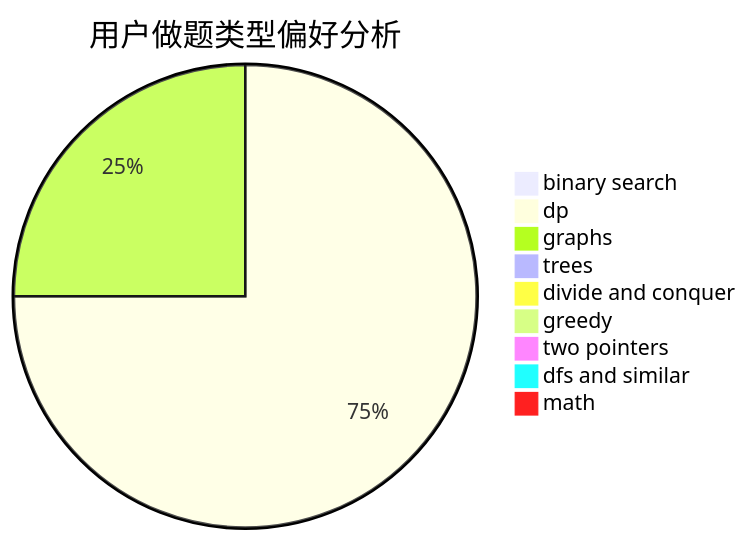
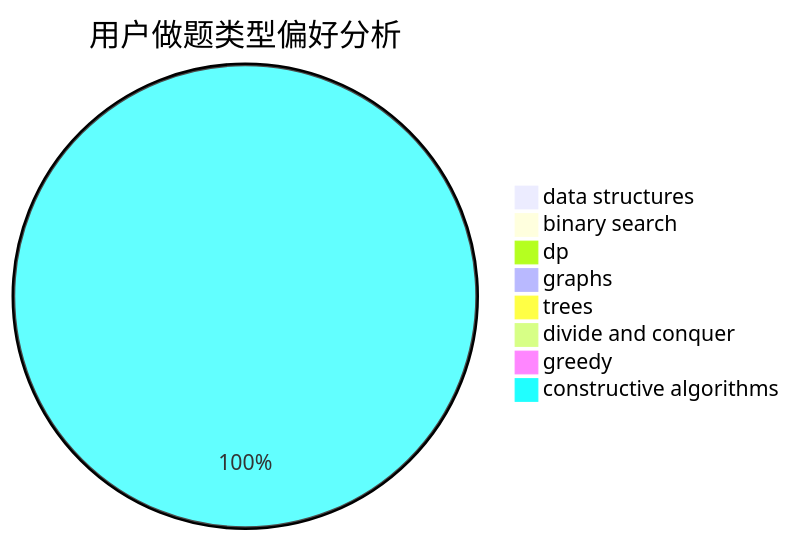
The second of 3 diagrams in docs/user/u217.md (sherpahu/cfrs.github.io), drawn with Mermaid before and after one commit. The commit also changed other lines of this file and 2775 other files, not shown here.

````diff
--- a/docs/user/u217.md
+++ b/docs/user/u217.md
@@ -23,12 +23,11 @@
 ```mermaid
 pie title 用户做题类型偏好分析
+    "data structures" :  0
     "binary search" :  0
-    "dp" :  9
-    "graphs" :  3
+    "dp" :  0
+    "graphs" :  0
     "trees" :  0
     "divide and conquer" :  0
     "greedy" :  0
-    "two pointers" :  0
-    "dfs and similar" :  0
-    "math" :  0
+    "constructive algorithms" :  9
 ```
````
